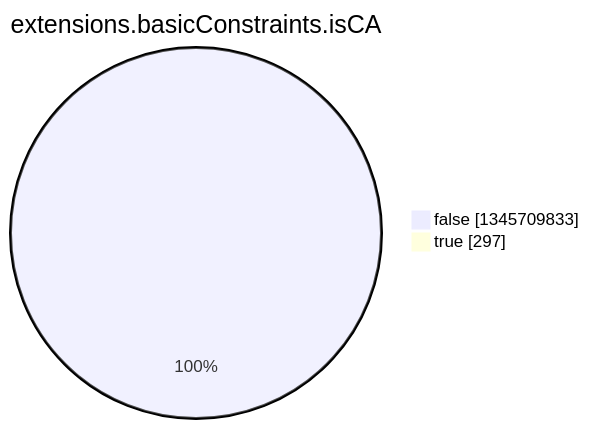
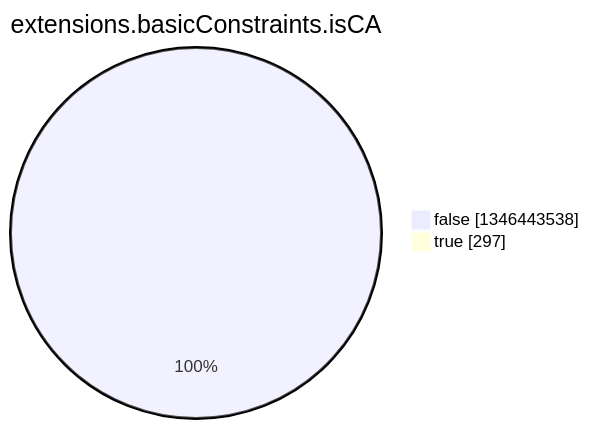
The eighth of 15 diagrams in argon2022/README.md (christiankrug/ctmonitor_visualization), drawn with Mermaid before and after one commit. The commit also changed other lines of this file, not shown here.

````diff
--- a/argon2022/README.md
+++ b/argon2022/README.md
@@ -2758,6 +2758,6 @@
 ```mermaid
 pie showData
 title extensions.basicConstraints.isCA
-"false" :1345709833
+"false" :1346443538
 "true" :297
 ```
````
